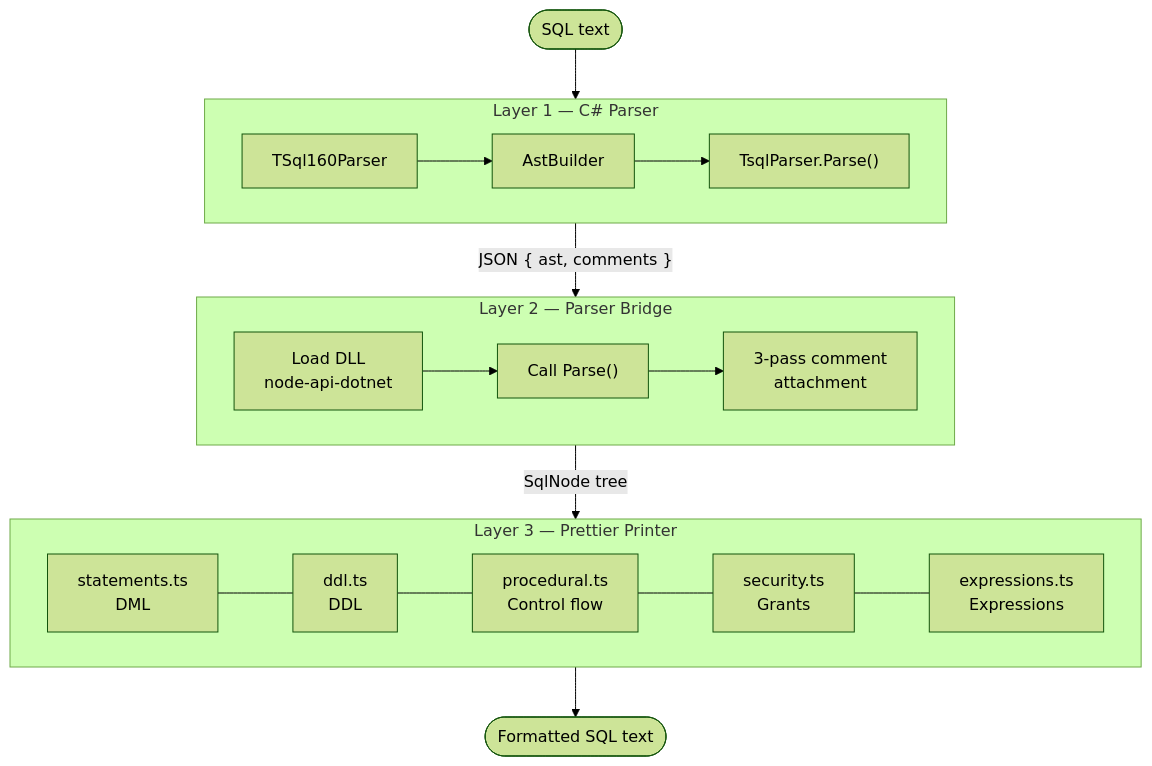
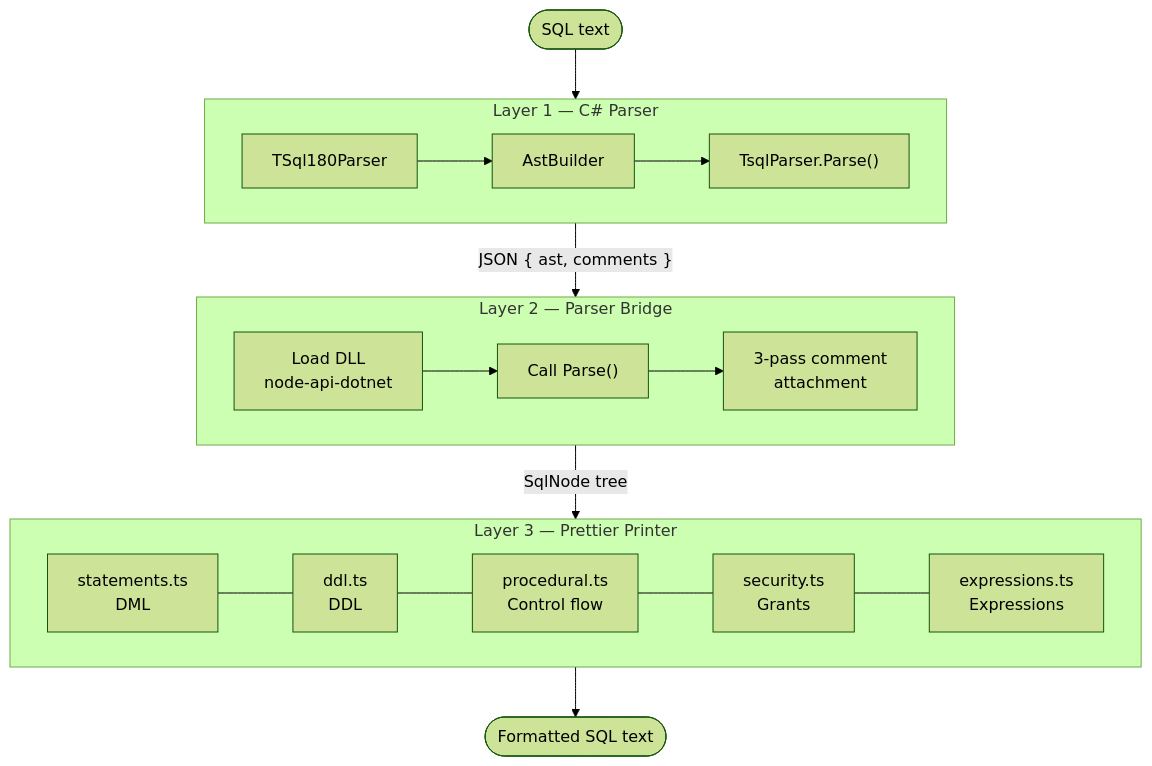
Before and after one commit to schallm/prettier-sql: the diagram in packages/plugin-tsql/docs/architecture.md, drawn with Mermaid (forest theme). The commit also changed other lines of this file and 4 other files, not shown here.

Commit message:
docs(tsql): update README, architecture and ScriptDom notes for raw statements, GO counts and comments

````diff
--- a/packages/plugin-tsql/docs/architecture.md
+++ b/packages/plugin-tsql/docs/architecture.md
@@ -11,24 +11,24 @@
 ```mermaid
 flowchart TD
     A([SQL text])
 
     subgraph cs ["Layer 1 — C# Parser"]
         direction LR
-        CS1["TSql160Parser"] --> CS2["AstBuilder"] --> CS3["TsqlParser.Parse()"]
+        CS1["TSql180Parser"] --> CS2["AstBuilder"] --> CS3["TsqlParser.Parse()"]
     end
 
     subgraph bridge ["Layer 2 — Parser Bridge"]
         direction LR
         BR1["Load DLL<br/>node-api-dotnet"] --> BR2["Call Parse()"] --> BR3["3-pass comment<br/>attachment"]
     end
 
     subgraph printer ["Layer 3 — Prettier Printer"]
         direction LR
         PR1["statements.ts<br/>DML"] --- PR2["ddl.ts<br/>DDL"] --- PR3["procedural.ts<br/>Control flow"] --- PR4["security.ts<br/>Grants"] --- PR5["expressions.ts<br/>Expressions"]
     end
 
     A --> cs
     cs -->|"JSON { ast, comments }"| bridge
     bridge -->|"SqlNode tree"| printer
     printer --> E([Formatted SQL text])
 ```
````
